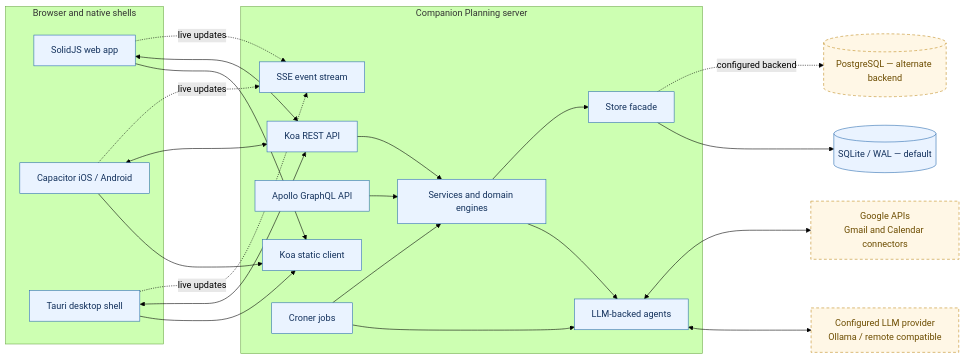
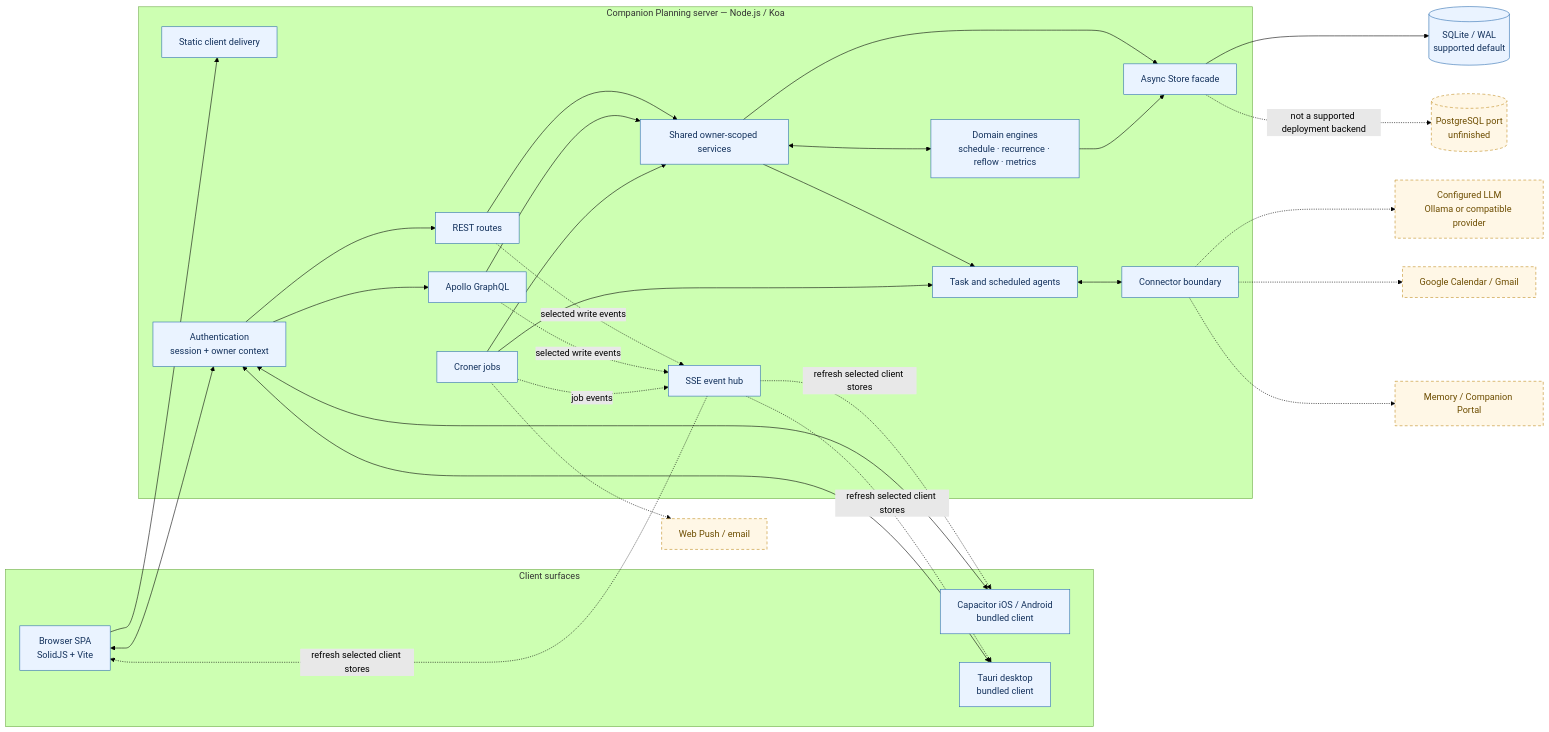
One commit to companionintelligence/CI-Planning changed the first of 5 diagrams in docs/DIAGRAMS.md. Above: the diagram before and after it, drawn with Mermaid (forest theme). The commit also changed other lines of this file and 9 other files, not shown here.

````diff
--- a/docs/DIAGRAMS.md
+++ b/docs/DIAGRAMS.md
@@ -7,47 +7,60 @@
 ```mermaid
 flowchart LR
-  subgraph Clients["Browser and native shells"]
-    Web["SolidJS web app"]
-    Mobile["Capacitor iOS / Android"]
-    Desktop["Tauri desktop shell"]
+  subgraph Clients["Client surfaces"]
+    Browser["Browser SPA<br/>SolidJS + Vite"]
+    Mobile["Capacitor iOS / Android<br/>bundled client"]
+    Desktop["Tauri desktop<br/>bundled client"]
   end
-  subgraph Server["Companion Planning server"]
-    Static["Koa static client"]
-    API["Koa REST API"]
-    GQL["Apollo GraphQL API"]
-    SSE["SSE event stream"]
+  subgraph Server["Companion Planning server — Node.js / Koa"]
+    Static["Static client delivery"]
+    Auth["Authentication<br/>session + owner context"]
+    REST["REST routes"]
+    GraphQL["Apollo GraphQL"]
+    Services["Shared owner-scoped services"]
+    Engines["Domain engines<br/>schedule · recurrence · reflow · metrics"]
     Jobs["Croner jobs"]
-    Services["Services and domain engines"]
-    Agents["LLM-backed agents"]
-    Store["Store facade"]
+    Agent["Task and scheduled agents"]
+    Connectors["Connector boundary"]
+    SSE["SSE event hub"]
+    Store["Async Store facade"]
   end
-  SQLite[("SQLite / WAL — default")]
-  Postgres[("PostgreSQL — alternate backend")]
-  LLM["Configured LLM provider<br/>Ollama / remote compatible"]
-  Google["Google APIs<br/>Gmail and Calendar connectors"]
+  SQLite[("SQLite / WAL<br/>supported default")]
+  Postgres[("PostgreSQL port<br/>unfinished")]
+  LLM["Configured LLM<br/>Ollama or compatible provider"]
+  Google["Google Calendar / Gmail"]
+  Memory["Memory / Companion Portal"]
+  Delivery["Web Push / email"]
 
-  Web --> Static
-  Mobile --> Static
-  Desktop --> Static
-  Web <--> API
-  Mobile <--> API
-  Desktop <--> API
-  Web -. "live updates" .-> SSE
-  Mobile -. "live updates" .-> SSE
-  Desktop -. "live updates" .-> SSE
-  API --> Services
-  GQL --> Services
-  Jobs --> Agents
+  Browser --> Static
+  Browser <--> Auth
+  Mobile <--> Auth
+  Desktop <--> Auth
+  Auth --> REST
+  Auth --> GraphQL
+  REST --> Services
+  GraphQL --> Services
+  Services <--> Engines
+  Services --> Agent
   Jobs --> Services
-  Services --> Agents
-  Agents <--> LLM
-  Agents <--> Google
+  Jobs --> Agent
+  Agent <--> Connectors
+  Connectors -.-> LLM
+  Connectors -.-> Google
+  Connectors -.-> Memory
+  Jobs -.-> Delivery
   Services --> Store
+  Engines --> Store
   Store --> SQLite
-  Store -. "configured backend" .-> Postgres
+  Store -. "not a supported deployment backend" .-> Postgres
+  REST -. "selected write events" .-> SSE
+  GraphQL -. "selected write events" .-> SSE
+  Jobs -. "job events" .-> SSE
+  SSE -. "refresh selected client stores" .-> Browser
+  SSE -. "refresh selected client stores" .-> Mobile
+  SSE -. "refresh selected client stores" .-> Desktop
 
   classDef built fill:#eaf3ff,stroke:#2b6cb0,color:#13315c;
   classDef optional fill:#fff7e6,stroke:#c08a1e,color:#6d4d00,stroke-dasharray:5 4;
-  class Web,Mobile,Desktop,Static,API,GQL,SSE,Jobs,Services,Agents,Store,SQLite built;
-  class Postgres,LLM,Google optional;
+  class Browser,Mobile,Desktop,Static,Auth,REST,GraphQL,Services,Engines,Jobs,Agent,Connectors,SSE,Store,SQLite built;
+  class Postgres,LLM,Google,Memory,Delivery optional;
 ```
````
